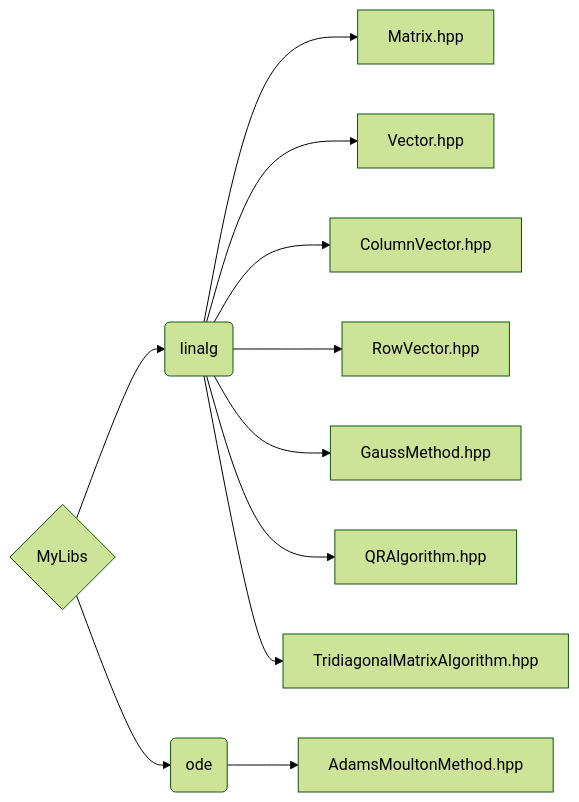
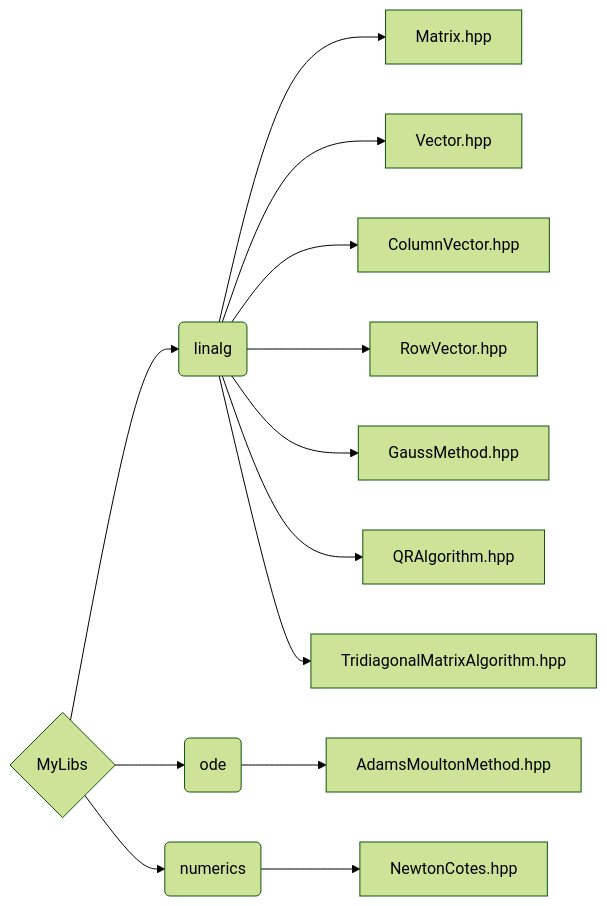
One commit to Tasyaak/MyLibs changed the diagram in README.md. Above: the diagram before and after it, drawn with Mermaid (forest theme). The commit also changed other lines of this file, not shown here.

````diff
--- a/README.md
+++ b/README.md
@@ -51,13 +54,15 @@
 ```mermaid
 graph LR
   A{MyLibs} --> B(linalg)
   A --> C(ode)
+  A --> R(numerics)
   B --> D[Matrix.hpp]
   B --> E[Vector.hpp]
   B --> F[ColumnVector.hpp]
   B --> G[RowVector.hpp]
   B --> H[GaussMethod.hpp]
   B --> I[QRAlgorithm.hpp]
   B --> J[TridiagonalMatrixAlgorithm.hpp]
   C --> K[AdamsMoultonMethod.hpp]
+  R --> T[NewtonCotes.hpp]
 ```
````
